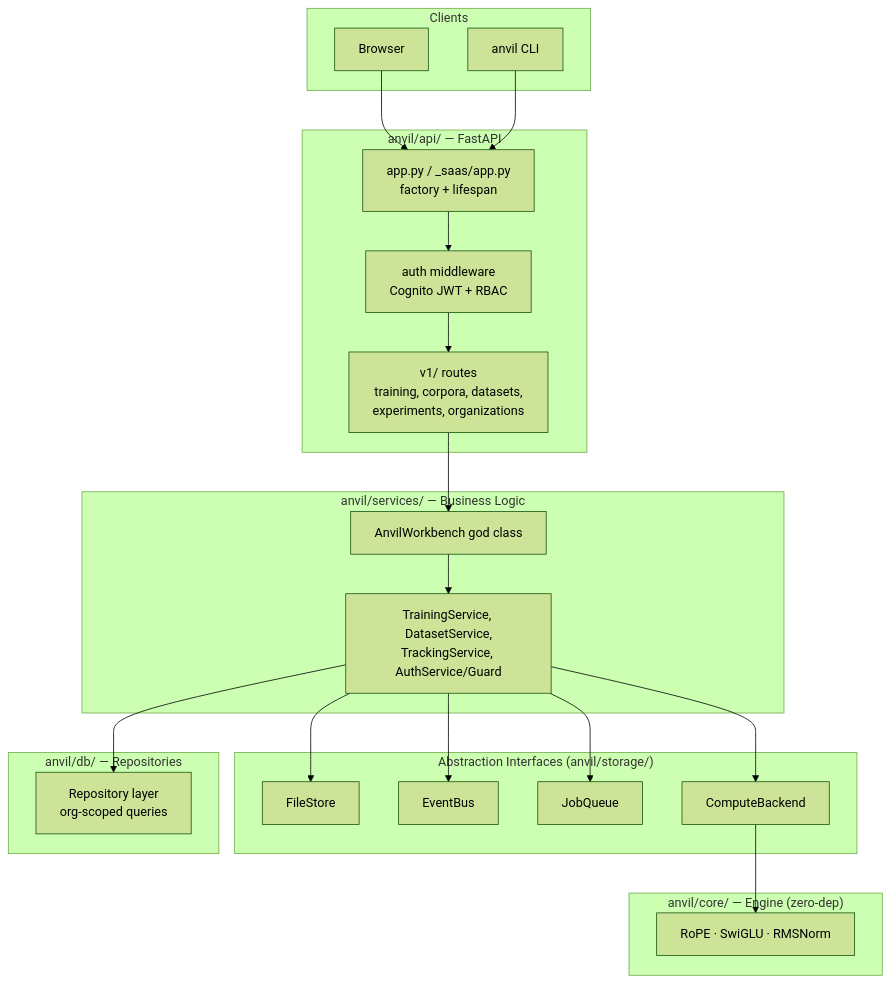
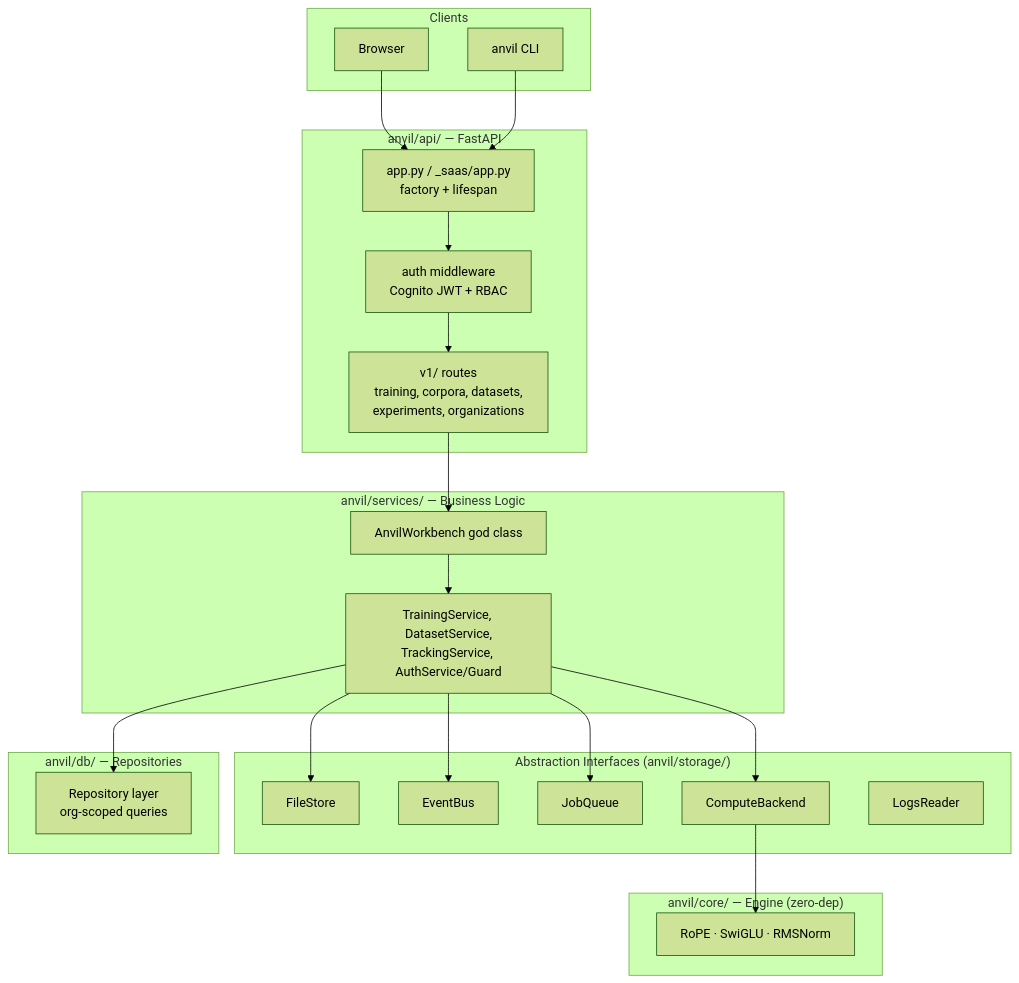
One commit to shapeandshare/anvil changed the first of 4 diagrams in specs/014-saas-architecture/plan.md. Above: the diagram before and after it, drawn with Mermaid (forest theme). The commit also changed other lines of this file and 2 other files, not shown here.

````diff
--- a/specs/014-saas-architecture/plan.md
+++ b/specs/014-saas-architecture/plan.md
@@ -16,43 +16,44 @@
 ```mermaid
 graph TB
     subgraph Clients
         BROWSER[Browser]
         CLI[anvil CLI]
     end
 
     subgraph "anvil/api/ — FastAPI"
         APP[app.py / _saas/app.py<br/>factory + lifespan]
         V1[v1/ routes<br/>training, corpora, datasets,<br/>experiments, organizations]
         AUTH[auth middleware<br/>Cognito JWT + RBAC]
     end
 
     subgraph "anvil/services/ — Business Logic"
         SVC[TrainingService, DatasetService,<br/>TrackingService, AuthService/Guard]
         WB[AnvilWorkbench god class]
     end
 
     subgraph "Abstraction Interfaces (anvil/storage/)"
         FS[FileStore]
         EB[EventBus]
         JQ[JobQueue]
         CB[ComputeBackend]
+        LR[LogsReader]
     end
 
     subgraph "anvil/db/ — Repositories"
         REPO[Repository layer<br/>org-scoped queries]
     end
 
     subgraph "anvil/core/ — Engine (zero-dep)"
         ENG[RoPE · SwiGLU · RMSNorm]
     end
 
     BROWSER --> APP
     CLI --> APP
     APP --> AUTH --> V1 --> WB --> SVC
     SVC --> FS
     SVC --> EB
     SVC --> JQ
     SVC --> CB
     SVC --> REPO
     CB --> ENG
 ```
````
